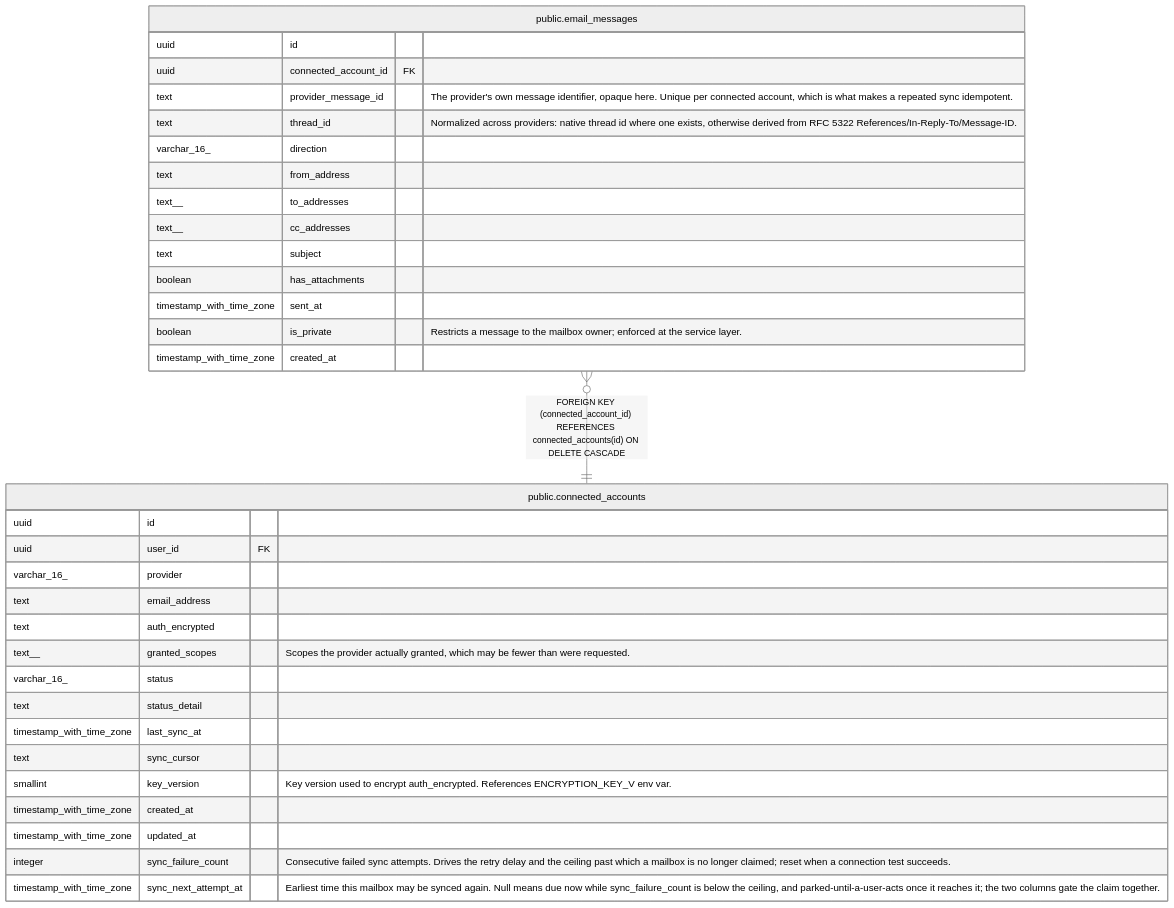
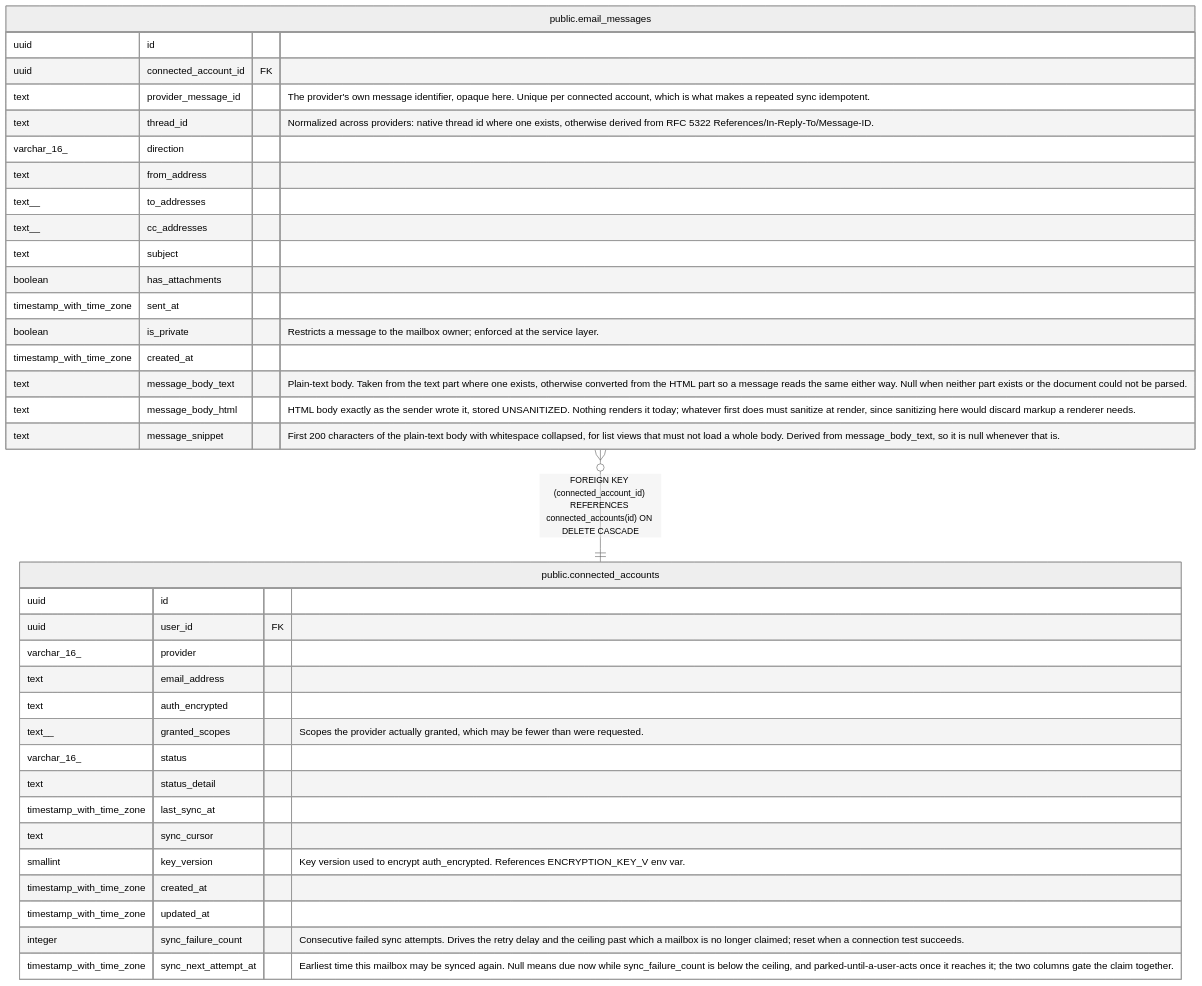
One commit to rkseattle/minicrm changed the diagram in docs/schema/public.email_messages.md. Above: the diagram before and after it, drawn with Mermaid (neutral theme). The commit also changed other lines of this file and 9 other files, not shown here.

````diff
--- a/docs/schema/public.email_messages.md
+++ b/docs/schema/public.email_messages.md
@@ -46,38 +49,41 @@
 ```mermaid
 erDiagram
 
 "public.email_messages" }o--|| "public.connected_accounts" : "FOREIGN KEY (connected_account_id) REFERENCES connected_accounts(id) ON DELETE CASCADE"
 
 "public.email_messages" {
   uuid id ""
   uuid connected_account_id FK ""
   text provider_message_id "The provider's own message identifier, opaque here. Unique per connected account, which is what makes a repeated sync idempotent."
   text thread_id "Normalized across providers: native thread id where one exists, otherwise derived from RFC 5322 References/In-Reply-To/Message-ID."
   varchar_16_ direction ""
   text from_address ""
   text__ to_addresses ""
   text__ cc_addresses ""
   text subject ""
   boolean has_attachments ""
   timestamp_with_time_zone sent_at ""
   boolean is_private "Restricts a message to the mailbox owner; enforced at the service layer."
   timestamp_with_time_zone created_at ""
+  text message_body_text "Plain-text body. Taken from the text part where one exists, otherwise converted from the HTML part so a message reads the same either way. Null when neither part exists or the document could not be parsed."
+  text message_body_html "HTML body exactly as the sender wrote it, stored UNSANITIZED. Nothing renders it today; whatever first does must sanitize at render, since sanitizing here would discard markup a renderer needs."
+  text message_snippet "First 200 characters of the plain-text body with whitespace collapsed, for list views that must not load a whole body. Derived from message_body_text, so it is null whenever that is."
 }
 "public.connected_accounts" {
   uuid id ""
   uuid user_id FK ""
   varchar_16_ provider ""
   text email_address ""
   text auth_encrypted ""
   text__ granted_scopes "Scopes the provider actually granted, which may be fewer than were requested."
   varchar_16_ status ""
   text status_detail ""
   timestamp_with_time_zone last_sync_at ""
   text sync_cursor ""
   smallint key_version "Key version used to encrypt auth_encrypted. References ENCRYPTION_KEY_V<n> env var."
   timestamp_with_time_zone created_at ""
   timestamp_with_time_zone updated_at ""
   integer sync_failure_count "Consecutive failed sync attempts. Drives the retry delay and the ceiling past which a mailbox is no longer claimed; reset when a connection test succeeds."
   timestamp_with_time_zone sync_next_attempt_at "Earliest time this mailbox may be synced again. Null means due now while sync_failure_count is below the ceiling, and parked-until-a-user-acts once it reaches it; the two columns gate the claim together."
 }
 ```
````
